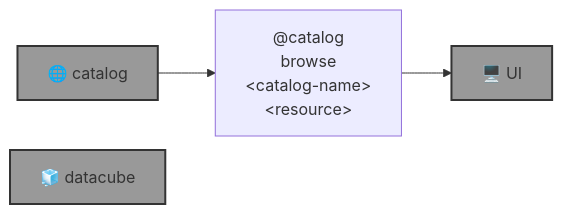
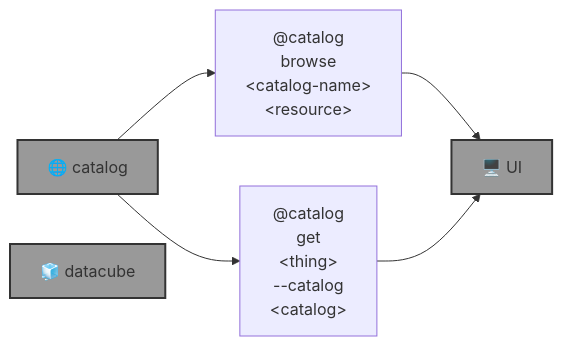
Before and after one commit to kamangir/blue-geo: the diagram in README.md, drawn with Mermaid. The commit also changed other lines of this file and 3 other files, not shown here.

````diff
--- a/README.md
+++ b/README.md
@@ -9,13 +9,17 @@
 ```mermaid
 graph LR
     catalog_browse["@catalog<br>browse<br>&lt;catalog-name&gt;<br>&lt;resource&gt;"]
+    catalog_get["@catalog<br>get<br>&lt;thing&gt;<br>--catalog<br>&lt;catalog&gt;"]
 
     catalog["🌐 catalog"]:::folder
     datacube_id["🧊 datacube"]:::folder
     UI["🖥️ UI"]:::folder
 
     catalog --> catalog_browse
     catalog_browse --> UI
 
+    catalog --> catalog_get
+    catalog_get --> UI
+
     classDef folder fill:#999,stroke:#333,stroke-width:2px;
 ```
````
